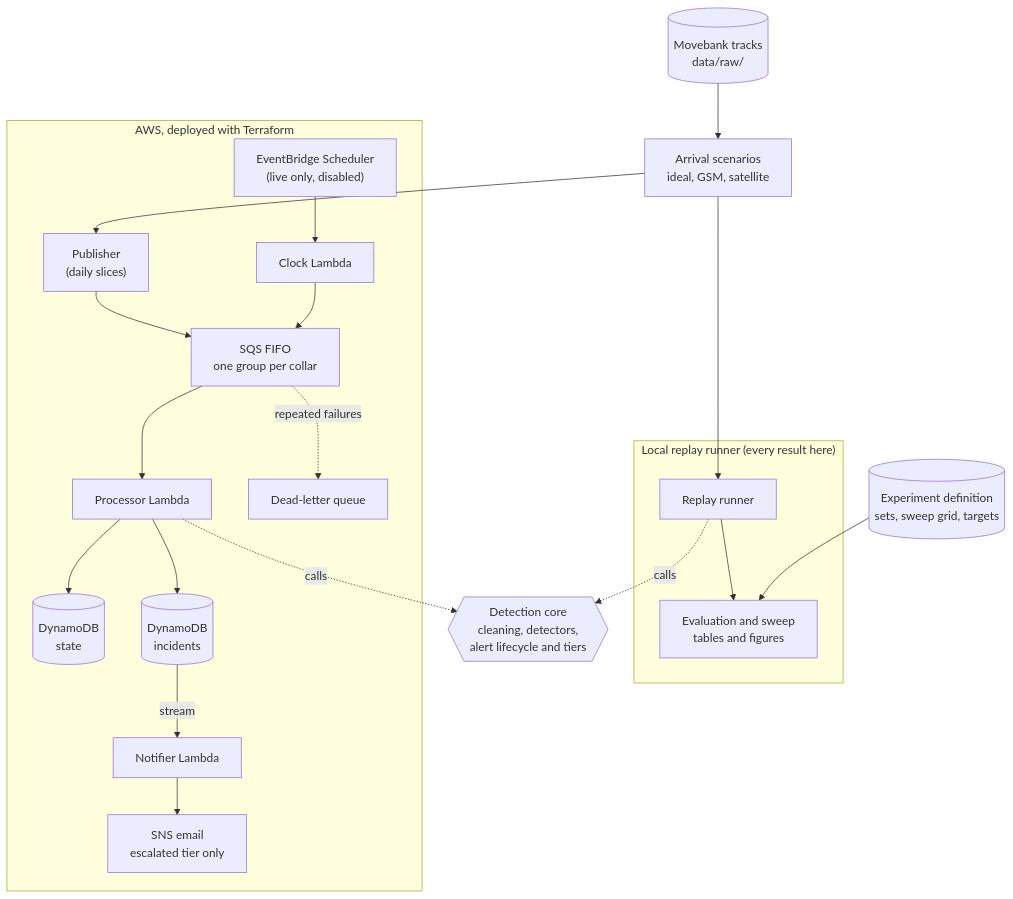
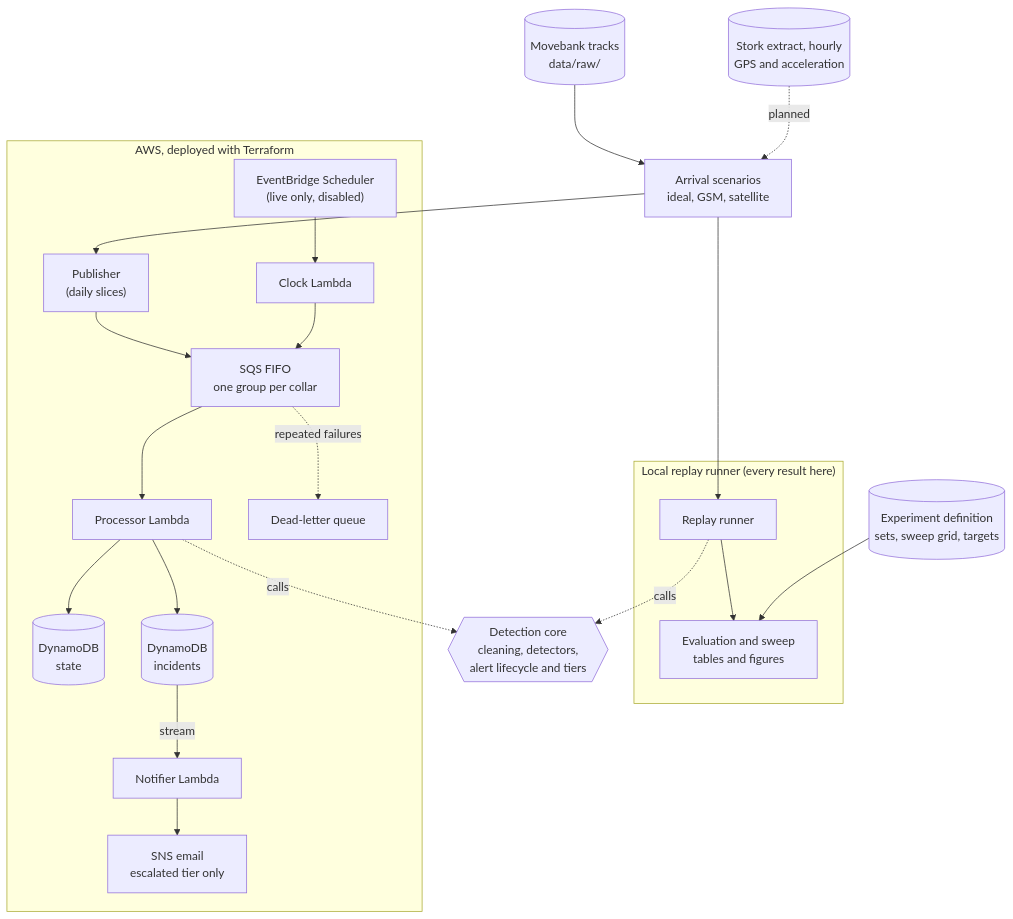
Before and after one commit to benmacp123/collar-telemetry: the diagram in README.md, drawn with Mermaid. The commit also changed 9 other files, not shown here.

````diff
--- a/README.md
+++ b/README.md
@@ -142,26 +142,27 @@
 ```mermaid
 flowchart TB
     data[("Movebank tracks<br>data/raw/")] --> arrival["Arrival scenarios<br>ideal, GSM, satellite"]
+    storks[("Stork extract, hourly<br>GPS and acceleration")] -. "planned" .-> arrival
     core{{"Detection core<br>cleaning, detectors,<br>alert lifecycle and tiers"}}
     experiment[("Experiment definition<br>sets, sweep grid, targets")]
 
     subgraph local ["Local replay runner (every result here)"]
         replay["Replay runner"] --> evaluation["Evaluation and sweep<br>tables and figures"]
     end
 
     subgraph aws ["AWS, deployed with Terraform"]
         publisher["Publisher<br>(daily slices)"] --> queue["SQS FIFO<br>one group per collar"]
         scheduler["EventBridge Scheduler<br>(live only, disabled)"] --> clock["Clock Lambda"] --> queue
         queue --> processor["Processor Lambda"]
         queue -. "repeated failures" .-> dlq["Dead-letter queue"]
         processor --> state[("DynamoDB<br>state")]
         processor --> incidents[("DynamoDB<br>incidents")]
         incidents -- stream --> notifier["Notifier Lambda"] --> sns["SNS email<br>escalated tier only"]
     end
 
     experiment --> evaluation
     arrival --> replay
     arrival --> publisher
     replay -. calls .-> core
     processor -. calls .-> core
 ```
````
